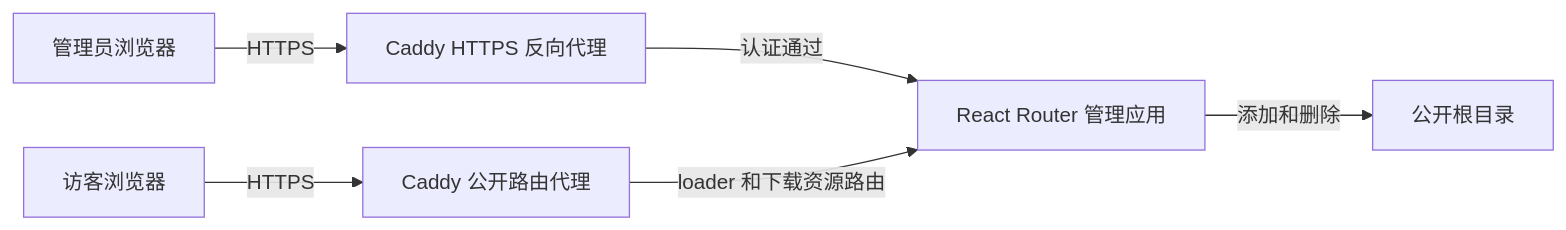
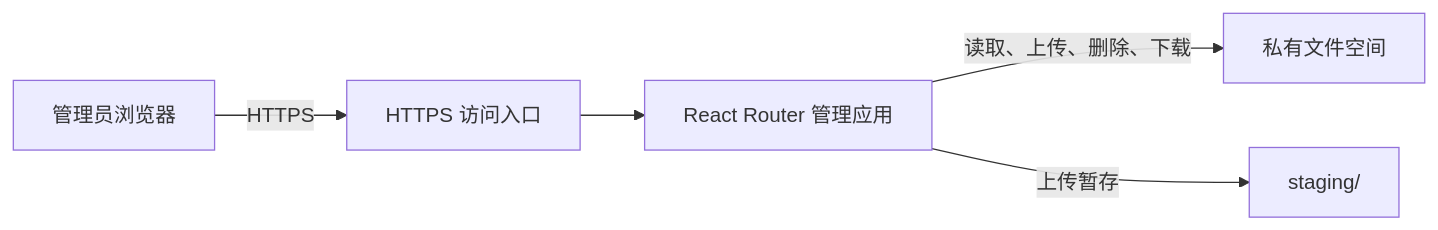
The first of 2 diagrams in docs/architecture.md (qw0er/ShareBox), drawn with Mermaid before and after one commit. The commit also changed other lines of this file and 40 other files, not shown here.

````diff
--- a/docs/architecture.md
+++ b/docs/architecture.md
@@ -9,8 +9,7 @@
 ```mermaid
 flowchart LR
-    Admin[管理员浏览器] -->|HTTPS| Auth[Caddy HTTPS 反向代理]
-    Auth -->|认证通过| App[React Router 管理应用]
-    App -->|添加和删除| Files[公开根目录]
-    Visitor[访客浏览器] -->|HTTPS| Public[Caddy 公开路由代理]
-    Public -->|loader 和下载资源路由| App
+    Admin[管理员浏览器] -->|HTTPS| Entry[HTTPS 访问入口]
+    Entry --> App[React Router 管理应用]
+    App -->|读取、上传、删除、下载| Files[私有文件空间]
+    App -->|上传暂存| Staging[staging/]
 ```
````
